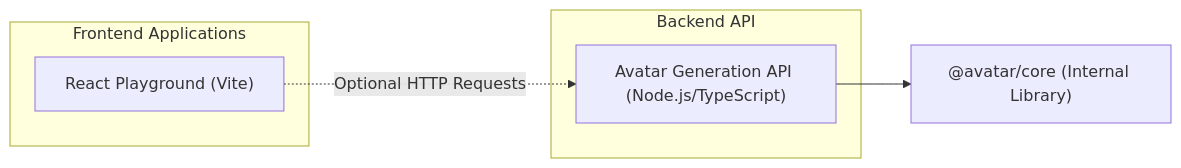
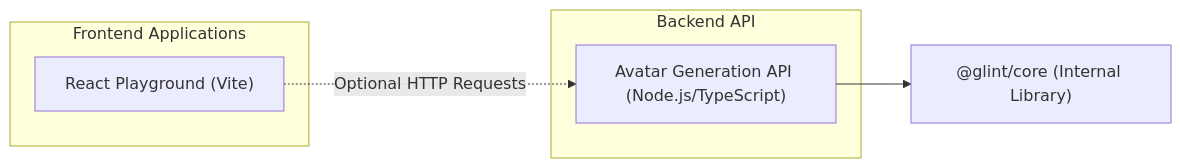
Before and after one commit to Charmingdc/glint: the second of 2 diagrams in .dokugen-backup.md, drawn with Mermaid. The commit also changed other lines of this file and 11 other files, not shown here.

Commit message:
feat(core): add avatar hash and initials generators

````diff
--- a/.dokugen-backup.md
+++ b/.dokugen-backup.md
@@ -80,15 +86,15 @@
 ```mermaid
 flowchart LR
     subgraph Frontend["Frontend Applications"]
         Playground["React Playground (Vite)"]
     end
 
     subgraph Backend["Backend API"]
         AvatarAPI["Avatar Generation API (Node.js/TypeScript)"]
     end
 
-    InternalPackage["@avatar/core (Internal Library)"]
+    InternalPackage["@glint/core (Internal Library)"]
 
     Playground -. "Optional HTTP Requests" .-> AvatarAPI
     AvatarAPI --> InternalPackage
 ```
````
